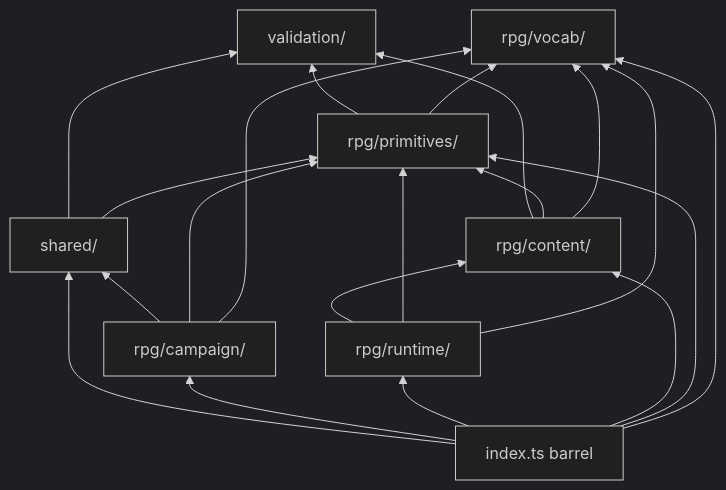
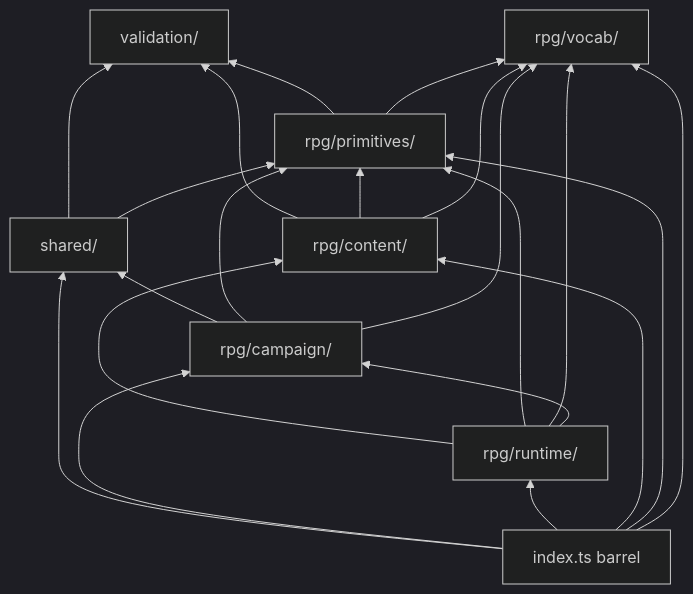
Before and after one commit to jeremyphillips/rpg-world-builder-app: the diagram in packages/contracts/docs/structure.md, drawn with Mermaid (dark theme). The commit also changed other lines of this file and 15 other files, not shown here.

````diff
--- a/packages/contracts/docs/structure.md
+++ b/packages/contracts/docs/structure.md
@@ -34,31 +35,32 @@
 ```mermaid
 flowchart BT
   validation["validation/"]
   shared["shared/"]
   campaign["rpg/campaign/"]
   runtime["rpg/runtime/"]
   content["rpg/content/"]
   primitives["rpg/primitives/"]
   vocab["rpg/vocab/"]
   index["index.ts barrel"]
 
   shared --> validation
   primitives --> validation
   content --> validation
   campaign --> shared
   campaign --> primitives
   campaign --> vocab
   runtime --> content
   runtime --> primitives
   runtime --> vocab
+  runtime --> campaign
   content --> primitives
   content --> vocab
   primitives --> vocab
   shared --> primitives
   index --> shared
   index --> campaign
   index --> runtime
   index --> content
   index --> primitives
   index --> vocab
 ```
````
